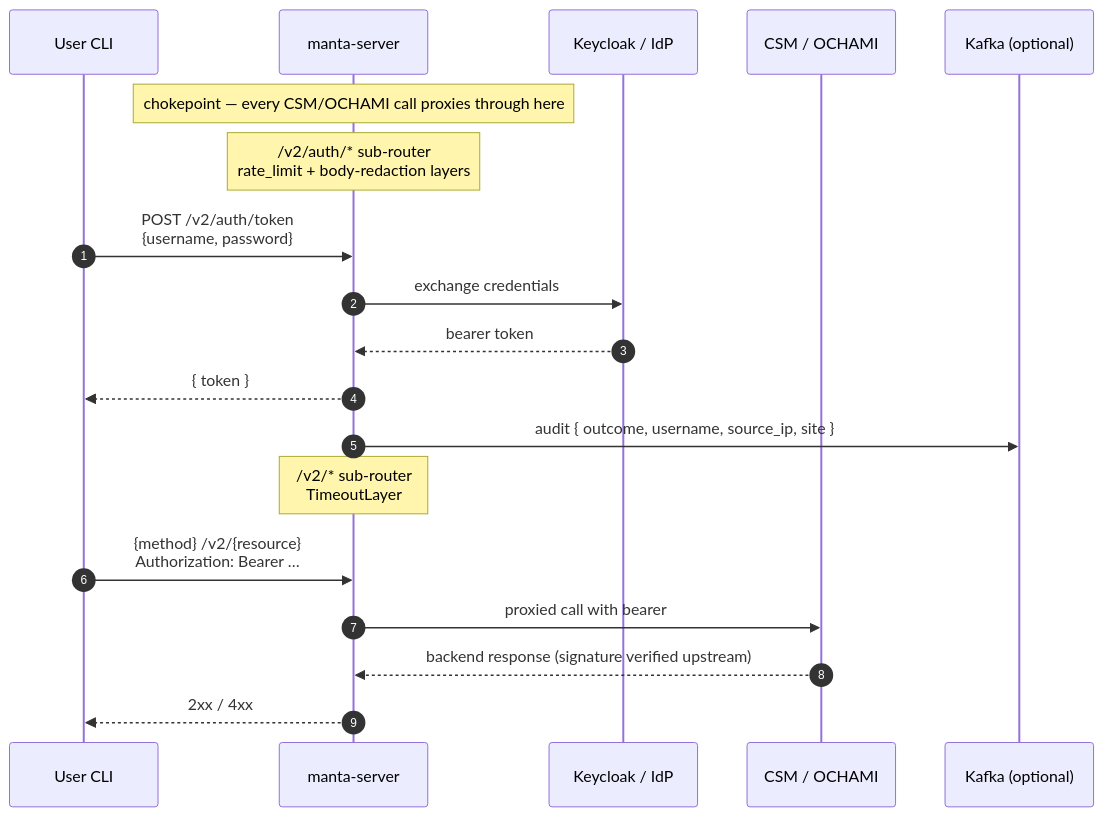
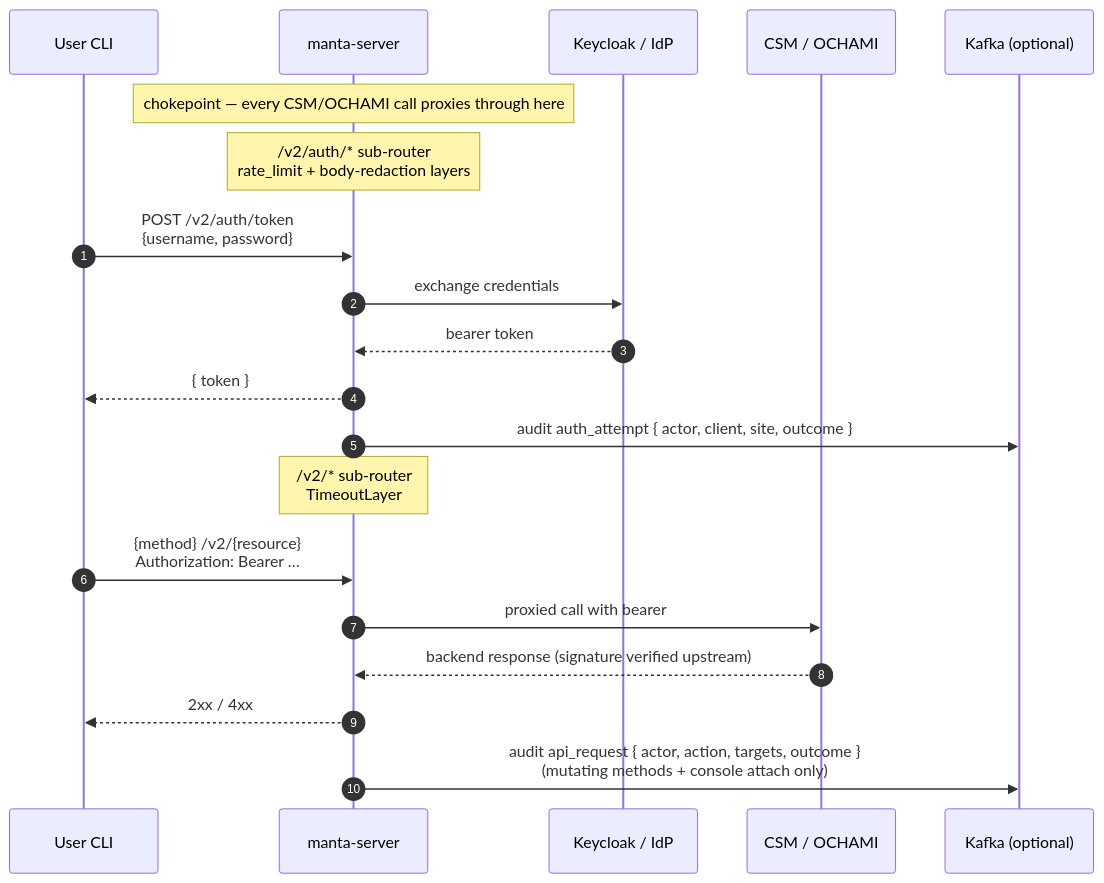
One commit to eth-cscs/manta changed the diagram in SECURITY.md. Above: the diagram before and after it, drawn with Mermaid. The commit also changed other lines of this file and 42 other files, not shown here.

First line of the commit message:
feat(server): audit every mutating request to Kafka (#116)

````diff
--- a/SECURITY.md
+++ b/SECURITY.md
@@ -68,26 +68,27 @@
 ```mermaid
 sequenceDiagram
     autonumber
     participant CLI as User CLI
     participant MS as manta-server
     participant K as Keycloak / IdP
     participant B as CSM / OCHAMI
     participant Kf as Kafka (optional)
 
     Note over MS: chokepoint — every CSM/OCHAMI call proxies through here
 
     Note over MS: /v2/auth/* sub-router<br/>rate_limit + body-redaction layers
 
     CLI->>MS: POST /v2/auth/token<br/>{username, password}
     MS->>K: exchange credentials
     K-->>MS: bearer token
     MS-->>CLI: { token }
-    MS->>Kf: audit { outcome, username, source_ip, site }
+    MS->>Kf: audit auth_attempt { actor, client, site, outcome }
 
     Note over MS: /v2/* sub-router<br/>TimeoutLayer
 
     CLI->>MS: {method} /v2/{resource}<br/>Authorization: Bearer …
     MS->>B: proxied call with bearer
     B-->>MS: backend response (signature verified upstream)
     MS-->>CLI: 2xx / 4xx
+    MS->>Kf: audit api_request { actor, action, targets, outcome }<br/>(mutating methods + console attach only)
 ```
````
